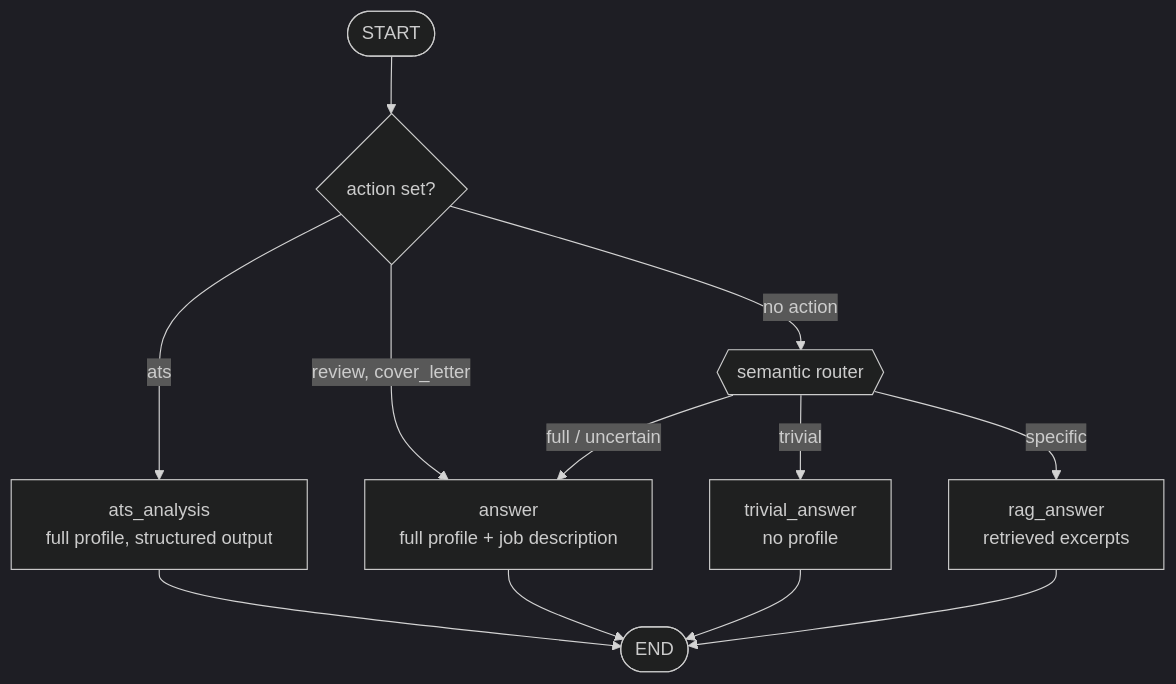
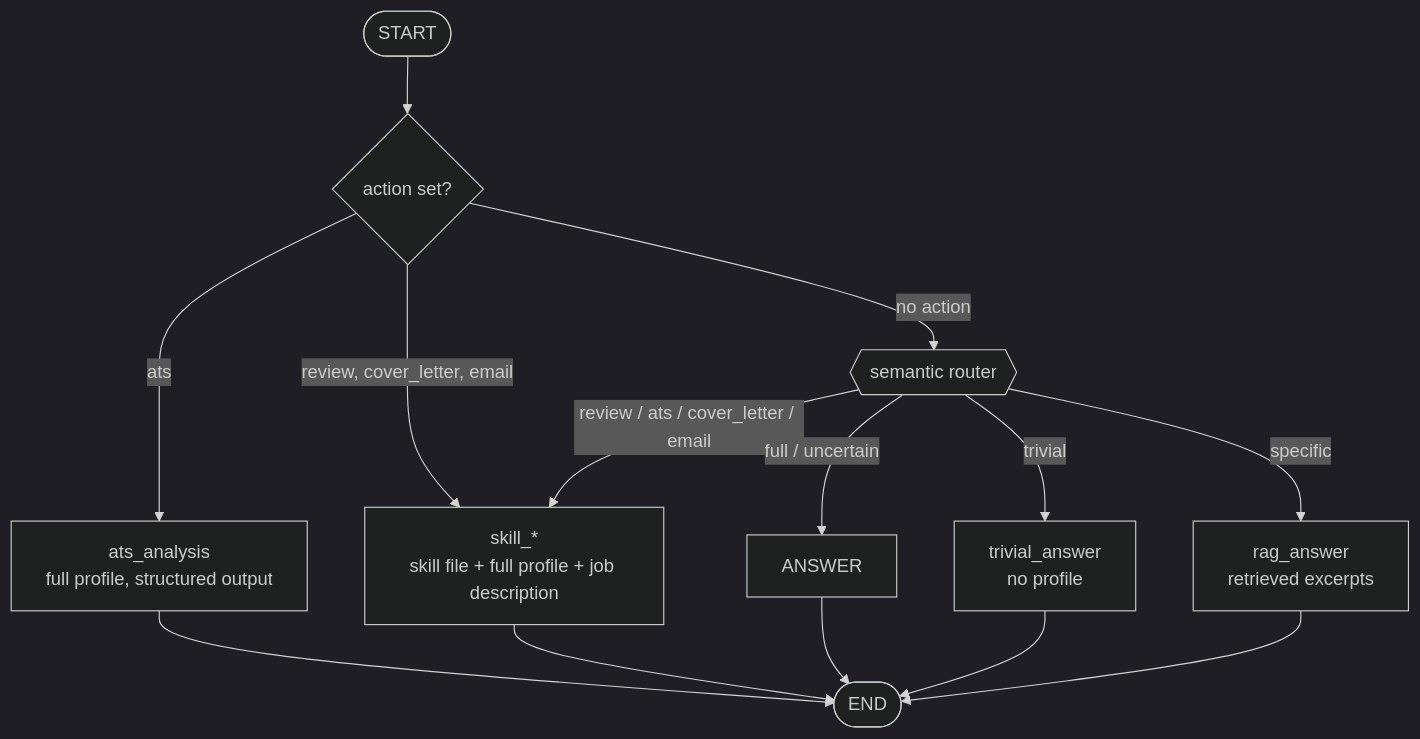
One commit to AliHaider20/job-chat changed the diagram in README.md. Above: the diagram before and after it, drawn with Mermaid (dark theme). The commit also changed other lines of this file and 22 other files, not shown here.

Commit message:
major changes including skills added, router, ats, etc

````diff
--- a/README.md
+++ b/README.md
@@ -114,14 +118,16 @@
 ```mermaid
 flowchart TD
     START([START]) --> DECIDE{action set?}
     DECIDE -->|ats| ATS["ats_analysis<br/>full profile, structured output"]
-    DECIDE -->|review, cover_letter| ANSWER["answer<br/>full profile + job description"]
+    DECIDE -->|review, cover_letter, email| SKILL["skill_*<br/>skill file + full profile + job description"]
     DECIDE -->|no action| ROUTER{{semantic router}}
+    ROUTER -->|review / ats / cover_letter / email| SKILL
     ROUTER -->|trivial| TRIVIAL["trivial_answer<br/>no profile"]
     ROUTER -->|specific| RAG["rag_answer<br/>retrieved excerpts"]
     ROUTER -->|full / uncertain| ANSWER
     ATS --> FINISH([END])
+    SKILL --> FINISH
     ANSWER --> FINISH
     TRIVIAL --> FINISH
     RAG --> FINISH
 ```
````
